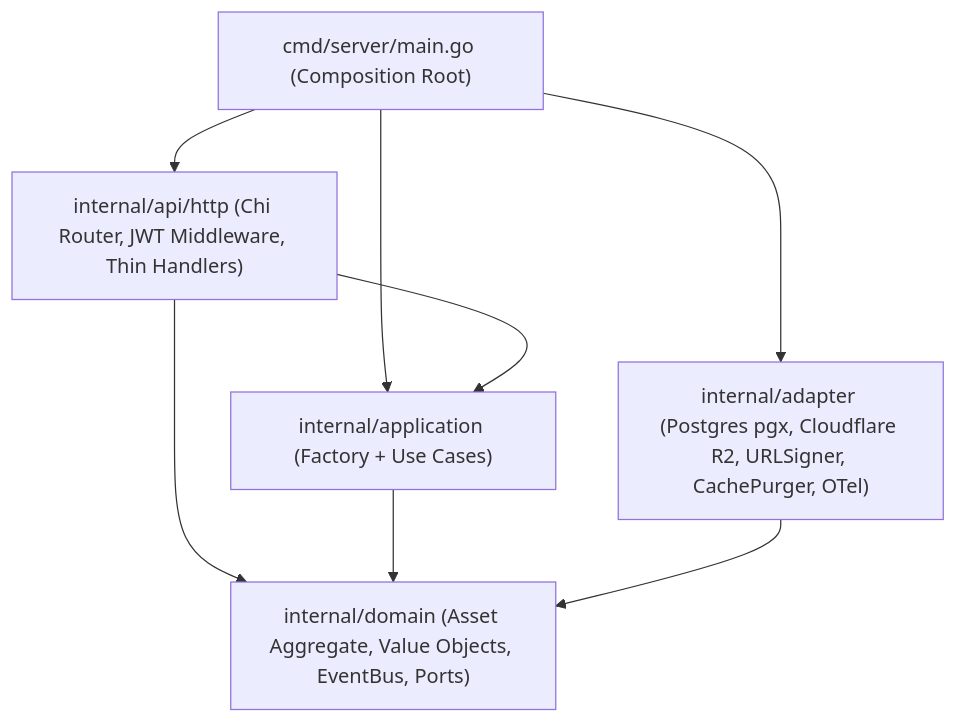
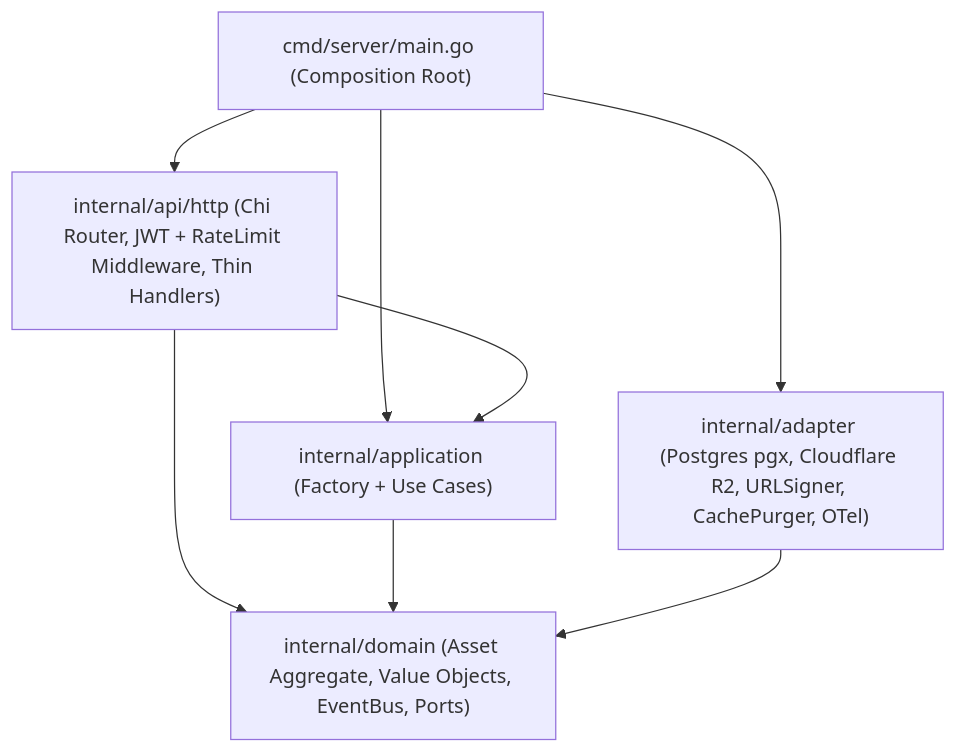
The second of 2 diagrams in docs/ARCHITECTURE.md (WomB0ComB0/api), drawn with Mermaid before and after one commit. The commit also changed other lines of this file and 8 other files, not shown here.

````diff
--- a/docs/ARCHITECTURE.md
+++ b/docs/ARCHITECTURE.md
@@ -59,16 +68,16 @@
 ```mermaid
 flowchart TD
     Main["cmd/server/main.go (Composition Root)"]
-    API["internal/api/http (Chi Router, JWT Middleware, Thin Handlers)"]
+    API["internal/api/http (Chi Router, JWT + RateLimit Middleware, Thin Handlers)"]
     App["internal/application (Factory + Use Cases)"]
     Dom["internal/domain (Asset Aggregate, Value Objects, EventBus, Ports)"]
     Adp["internal/adapter (Postgres pgx, Cloudflare R2, URLSigner, CachePurger, OTel)"]
 
     Main --> API
     Main --> App
     Main --> Adp
     API --> App
     API --> Dom
     App --> Dom
     Adp --> Dom
 ```
````
